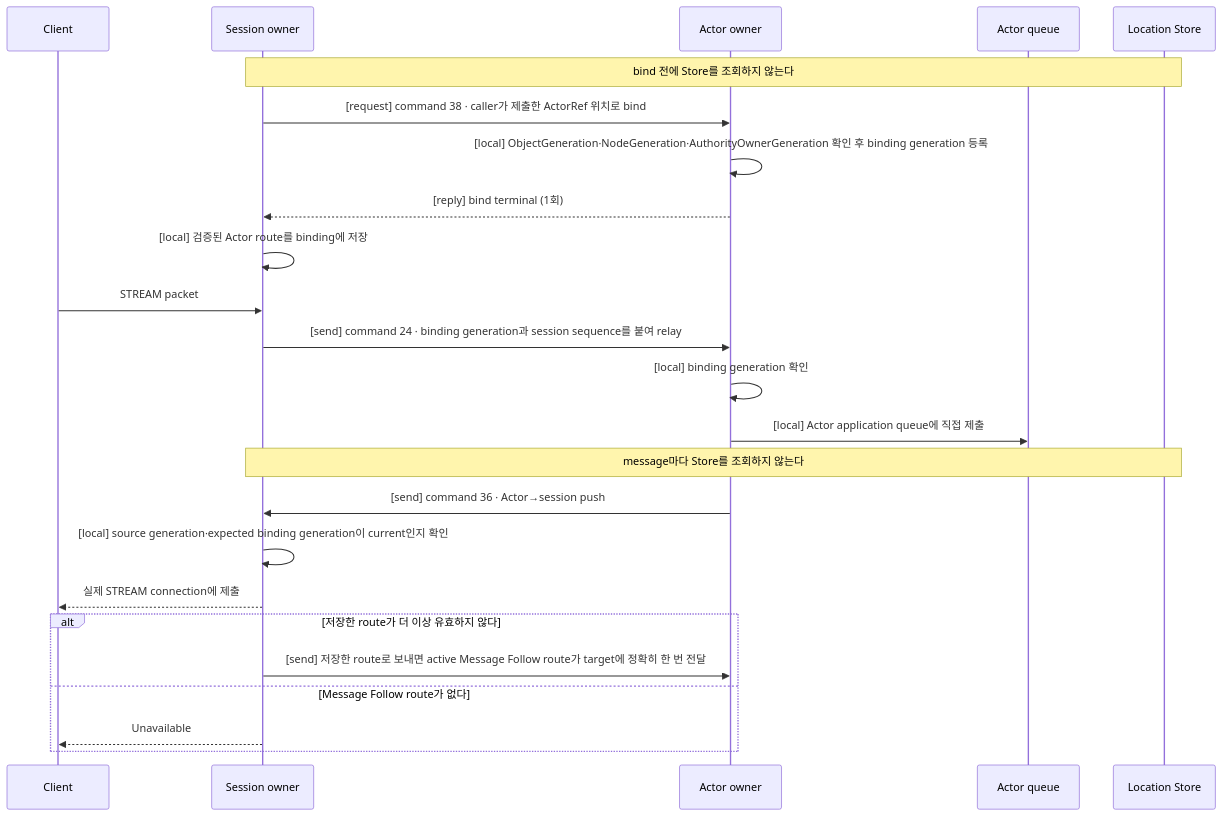
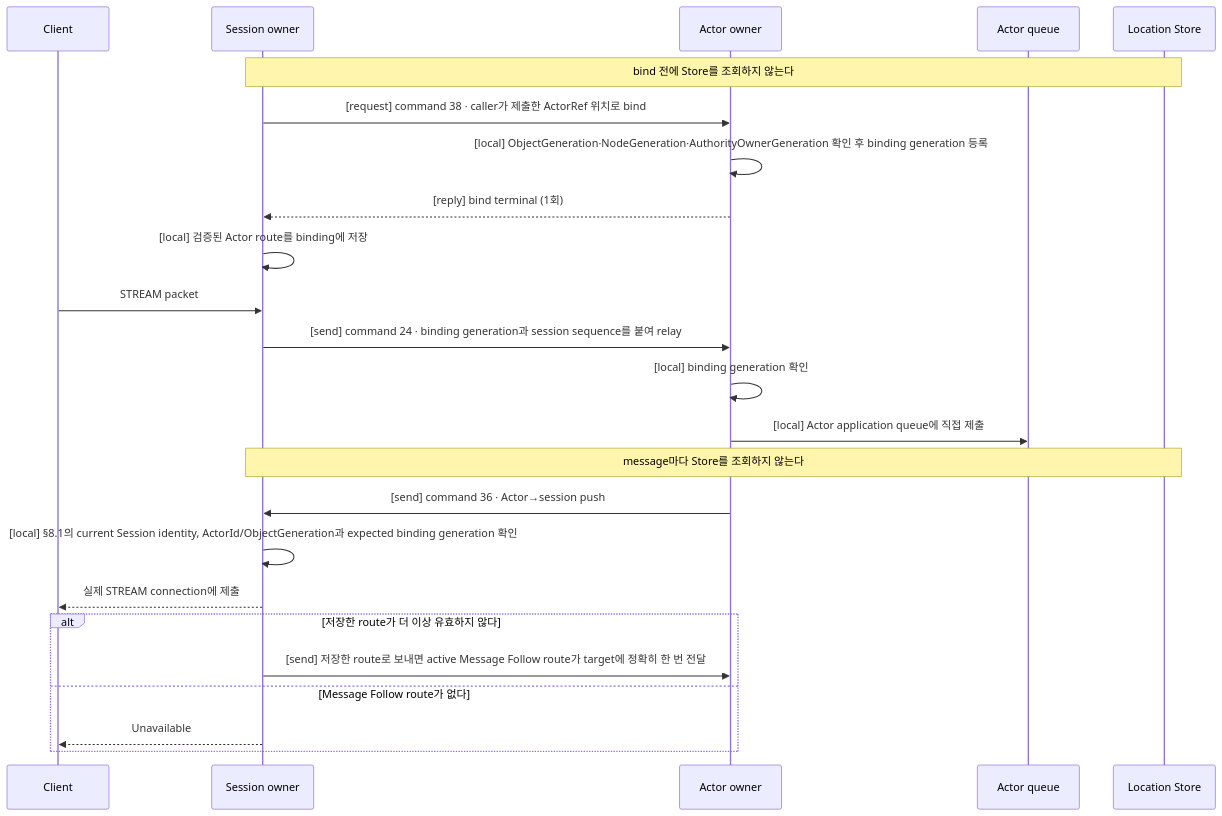
Before and after one commit to zlink-systems/zlink: the first of 4 diagrams in framework/doc/framework/common/spec/server/04-session/02-session-actor-binding.ko.md, drawn with Mermaid. The commit also changed other lines of this file and 73 other files, not shown here.

````diff
--- a/framework/doc/framework/common/spec/server/04-session/02-session-actor-binding.ko.md
+++ b/framework/doc/framework/common/spec/server/04-session/02-session-actor-binding.ko.md
@@ -247,30 +247,30 @@
 ```mermaid
 sequenceDiagram
     participant C as Client
     participant S as Session owner
     participant A as Actor owner
     participant Q as Actor queue
     participant L as Location Store
 
     Note over S,L: bind 전에 Store를 조회하지 않는다
     S->>A: [request] command 38 · caller가 제출한 ActorRef 위치로 bind
     A->>A: [local] ObjectGeneration·NodeGeneration·AuthorityOwnerGeneration 확인 후 binding generation 등록
     A-->>S: [reply] bind terminal (1회)
     S->>S: [local] 검증된 Actor route를 binding에 저장
 
     C->>S: STREAM packet
     S->>A: [send] command 24 · binding generation과 session sequence를 붙여 relay
     A->>A: [local] binding generation 확인
     A->>Q: [local] Actor application queue에 직접 제출
     Note over S,L: message마다 Store를 조회하지 않는다
 
     A->>S: [send] command 36 · Actor→session push
-    S->>S: [local] source generation·expected binding generation이 current인지 확인
+    S->>S: [local] §8.1의 current Session identity, ActorId/ObjectGeneration과 expected binding generation 확인
     S-->>C: 실제 STREAM connection에 제출
 
     alt 저장한 route가 더 이상 유효하지 않다
         S->>A: [send] 저장한 route로 보내면 active Message Follow route가 target에 정확히 한 번 전달
     else Message Follow route가 없다
         S-->>C: Unavailable
     end
 ```
````
